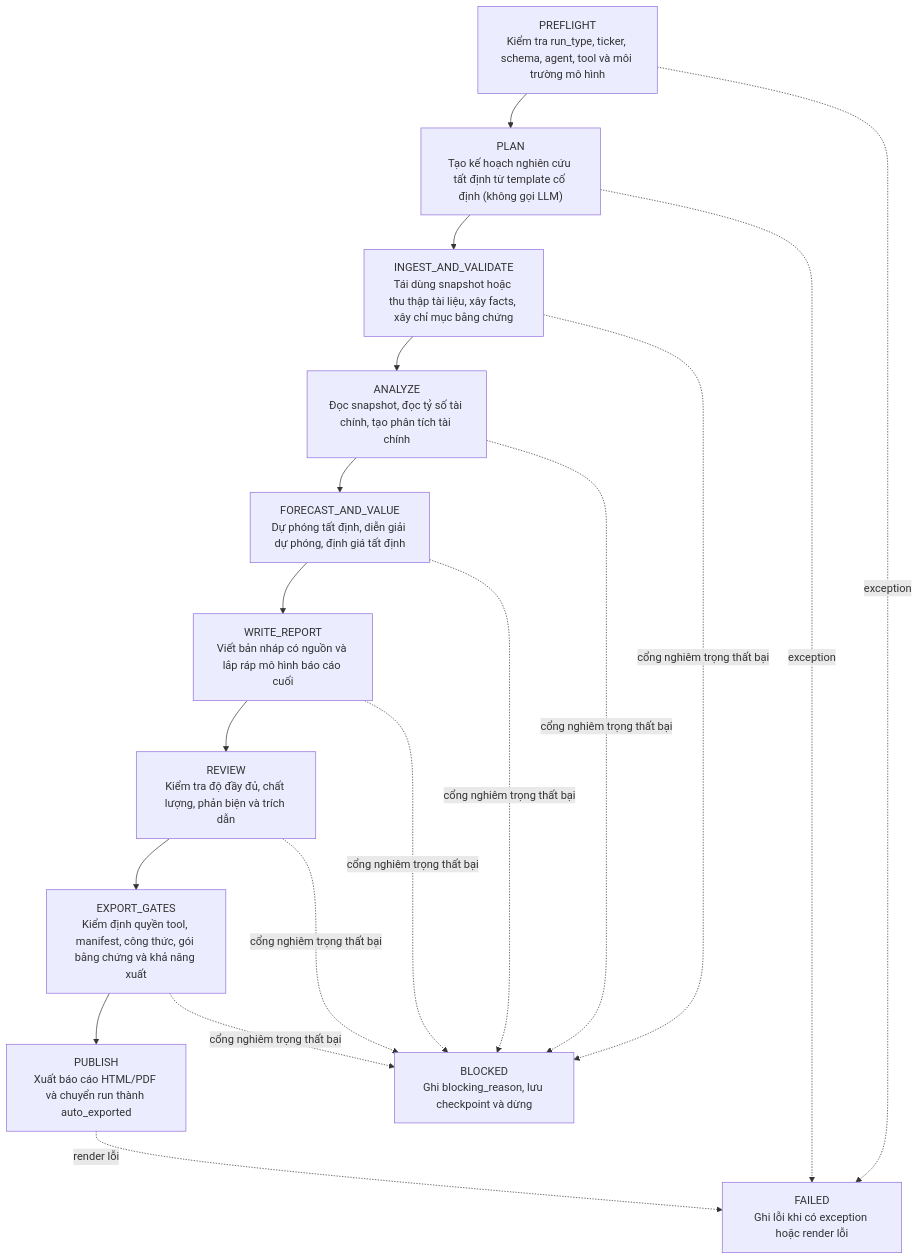
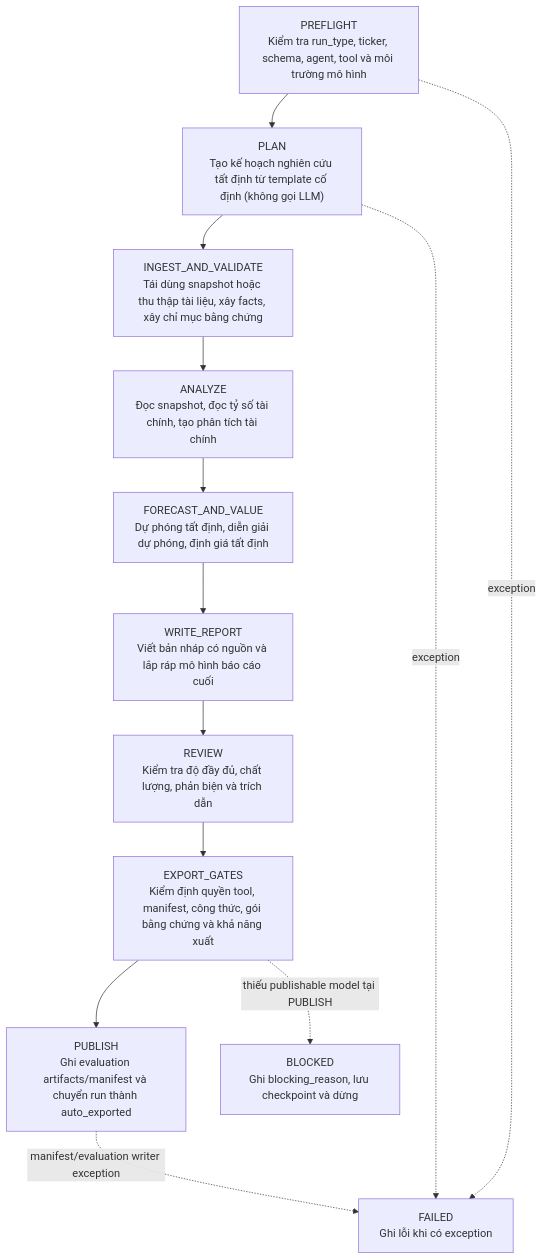
One commit to haubelerche/equity-research-system changed the fourth of 24 diagrams in docs/SEQUENCE.md. Above: the diagram before and after it, drawn with Mermaid. The commit also changed other lines of this file and 178 other files, not shown here.

````diff
--- a/docs/SEQUENCE.md
+++ b/docs/SEQUENCE.md
@@ -125,25 +126,20 @@
 ```mermaid
 flowchart TD
     A["PREFLIGHT<br/>Kiểm tra run_type, ticker, schema, agent, tool và môi trường mô hình"]
     B["PLAN<br/>Tạo kế hoạch nghiên cứu tất định từ template cố định (không gọi LLM)"]
     C["INGEST_AND_VALIDATE<br/>Tái dùng snapshot hoặc thu thập tài liệu, xây facts, xây chỉ mục bằng chứng"]
     D["ANALYZE<br/>Đọc snapshot, đọc tỷ số tài chính, tạo phân tích tài chính"]
     E["FORECAST_AND_VALUE<br/>Dự phóng tất định, diễn giải dự phóng, định giá tất định"]
     F["WRITE_REPORT<br/>Viết bản nháp có nguồn và lắp ráp mô hình báo cáo cuối"]
     G["REVIEW<br/>Kiểm tra độ đầy đủ, chất lượng, phản biện và trích dẫn"]
     H["EXPORT_GATES<br/>Kiểm định quyền tool, manifest, công thức, gói bằng chứng và khả năng xuất"]
-    I["PUBLISH<br/>Xuất báo cáo HTML/PDF và chuyển run thành auto_exported"]
+    I["PUBLISH<br/>Ghi evaluation artifacts/manifest và chuyển run thành auto_exported"]
     X["BLOCKED<br/>Ghi blocking_reason, lưu checkpoint và dừng"]
-    Y["FAILED<br/>Ghi lỗi khi có exception hoặc render lỗi"]
+    Y["FAILED<br/>Ghi lỗi khi có exception"]
 
     A --> B --> C --> D --> E --> F --> G --> H --> I
-    C -. "cổng nghiêm trọng thất bại" .-> X
-    D -. "cổng nghiêm trọng thất bại" .-> X
-    E -. "cổng nghiêm trọng thất bại" .-> X
-    F -. "cổng nghiêm trọng thất bại" .-> X
-    G -. "cổng nghiêm trọng thất bại" .-> X
-    H -. "cổng nghiêm trọng thất bại" .-> X
+    H -. "thiếu publishable model tại PUBLISH" .-> X
     A -. "exception" .-> Y
     B -. "exception" .-> Y
-    I -. "render lỗi" .-> Y
+    I -. "manifest/evaluation writer exception" .-> Y
 ```
````
